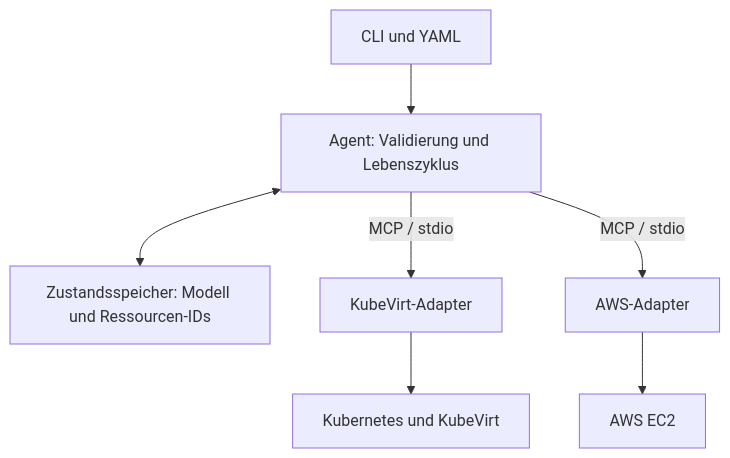
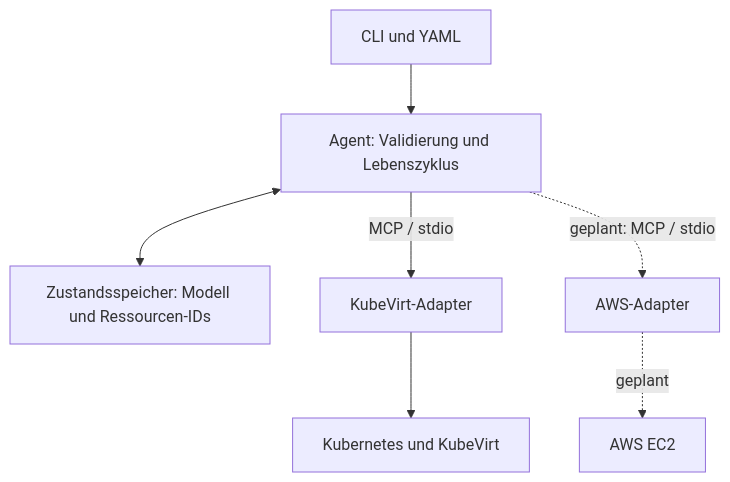
Before and after one commit to Cancani/diplomarbeit: the fifth of 6 diagrams in docs/dokumentation.md, drawn with Mermaid. The commit also changed other lines of this file and 1 other file, not shown here.

````diff
--- a/docs/dokumentation.md
+++ b/docs/dokumentation.md
@@ -1145,9 +1147,9 @@
 ```mermaid
 flowchart TD
     Eingabe["CLI und YAML"] --> Agent["Agent: Validierung und Lebenszyklus"]
     Agent <--> Zustand["Zustandsspeicher: Modell und Ressourcen-IDs"]
     Agent -->|MCP / stdio| KubeVirtAdapter["KubeVirt-Adapter"]
-    Agent -->|MCP / stdio| AWSAdapter["AWS-Adapter"]
+    Agent -.->|"geplant: MCP / stdio"| AWSAdapter["AWS-Adapter"]
     KubeVirtAdapter --> KubeVirt["Kubernetes und KubeVirt"]
-    AWSAdapter --> AWS["AWS EC2"]
+    AWSAdapter -.->|"geplant"| AWS["AWS EC2"]
 ```
````
